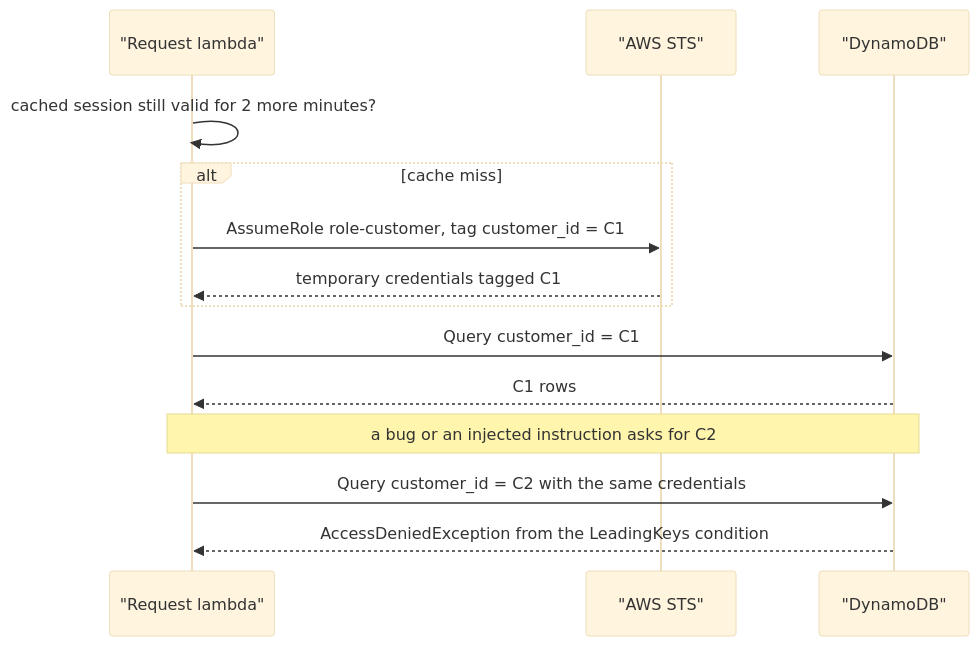
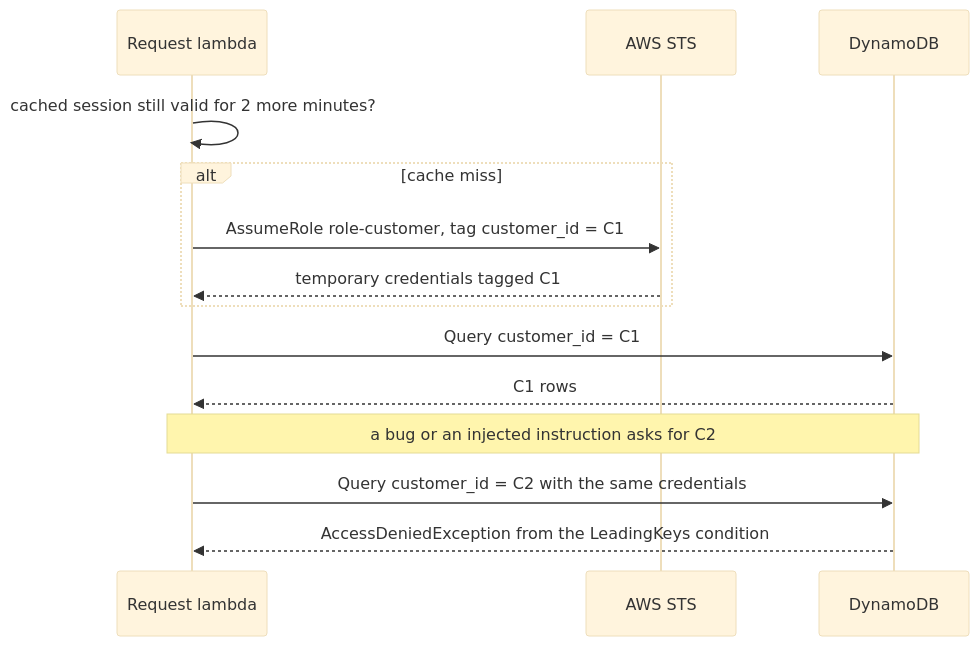
The sixth of 7 diagrams in docs/modules/identity/flows.md (Team-ACGS/factored-hackathon-2026-acgs), drawn with Mermaid (base theme) before and after one commit. The commit also changed other lines of this file and 6 other files, not shown here.

Commit message:
docs(assistant,cases,data,identity,messaging): reviewer findings on flows and readme, round 2

````diff
--- a/docs/modules/identity/flows.md
+++ b/docs/modules/identity/flows.md
@@ -194,17 +194,17 @@
 ```mermaid
 sequenceDiagram
-    participant L as "Request lambda"
-    participant STS as "AWS STS"
-    participant DDB as "DynamoDB"
+    participant L as Request lambda
+    participant STS as AWS STS
+    participant DDB as DynamoDB
 
     L->>L: cached session still valid for 2 more minutes?
     alt cache miss
         L->>STS: AssumeRole role-customer, tag customer_id = C1
         STS-->>L: temporary credentials tagged C1
     end
     L->>DDB: Query customer_id = C1
     DDB-->>L: C1 rows
     Note over L,DDB: a bug or an injected instruction asks for C2
     L->>DDB: Query customer_id = C2 with the same credentials
     DDB-->>L: AccessDeniedException from the LeadingKeys condition
 ```
````
